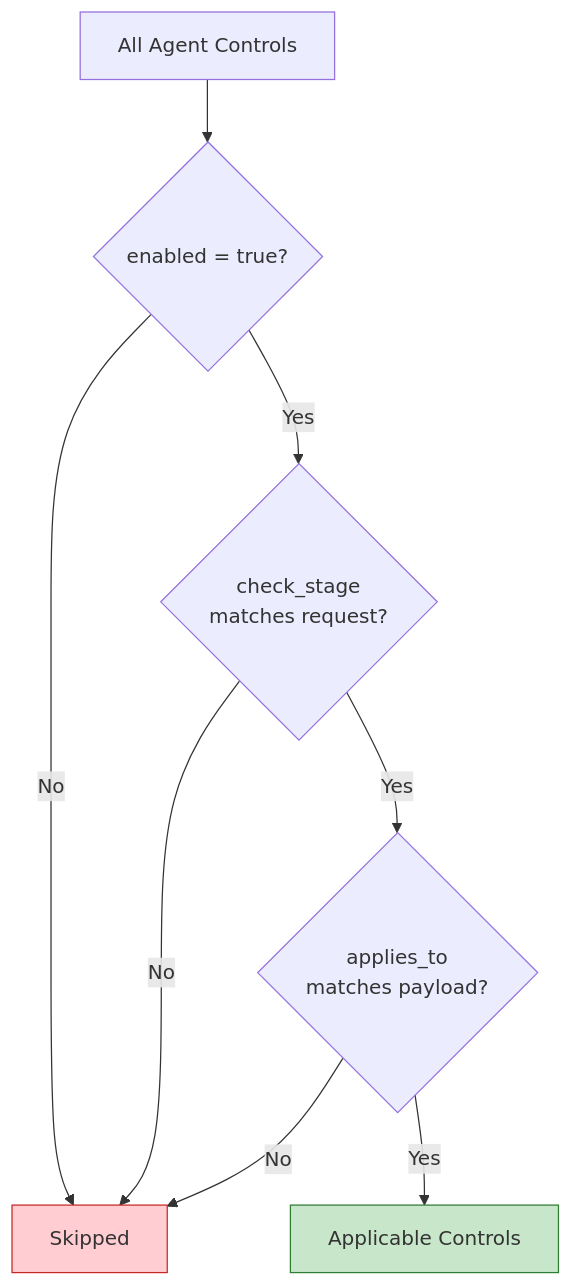
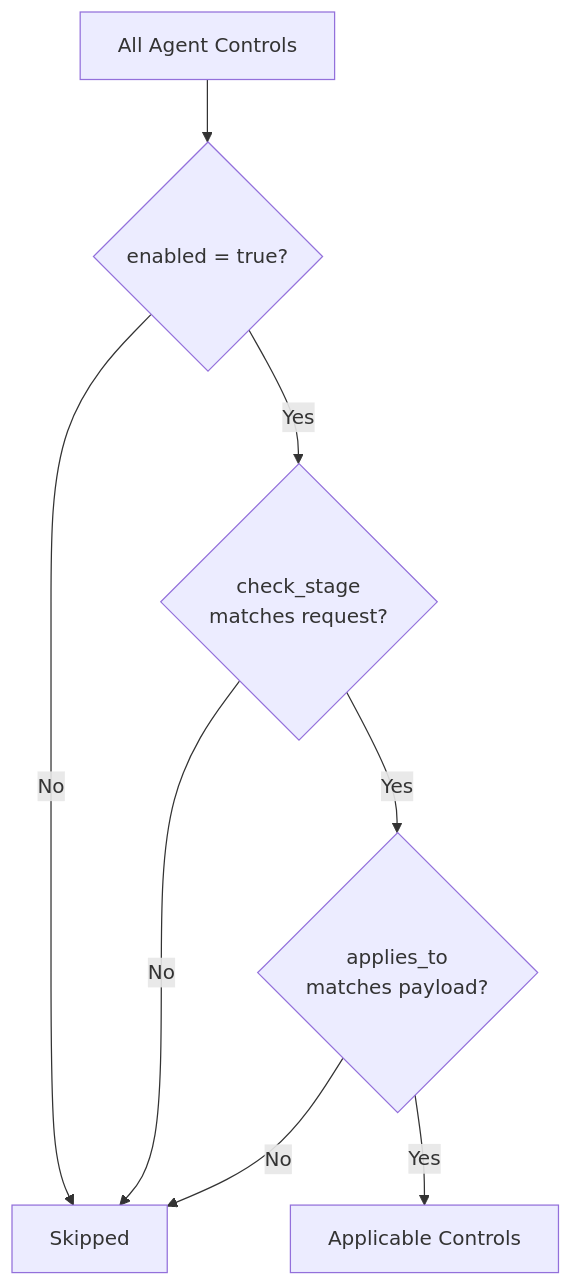
One commit to agentcontrol/agent-control changed the second of 7 diagrams in diagrams/06-evaluation-flow.md. Above: the diagram before and after it, drawn with Mermaid. The commit also changed other lines of this file and 9 other files, not shown here.

````diff
--- a/diagrams/06-evaluation-flow.md
+++ b/diagrams/06-evaluation-flow.md
@@ -36,22 +32,19 @@
 ```mermaid
 flowchart TD
     controls["All Agent Controls"]
     
     c1{"enabled = true?"}
     c2{"check_stage<br/>matches request?"}
     c3{"applies_to<br/>matches payload?"}
     
     applicable["Applicable Controls"]
     skipped["Skipped"]
 
     controls --> c1
     c1 -->|No| skipped
     c1 -->|Yes| c2
     c2 -->|No| skipped
     c2 -->|Yes| c3
     c3 -->|No| skipped
     c3 -->|Yes| applicable
-
-    style applicable fill:#c8e6c9,stroke:#2e7d32
-    style skipped fill:#ffcdd2,stroke:#c62828
 ```
````
